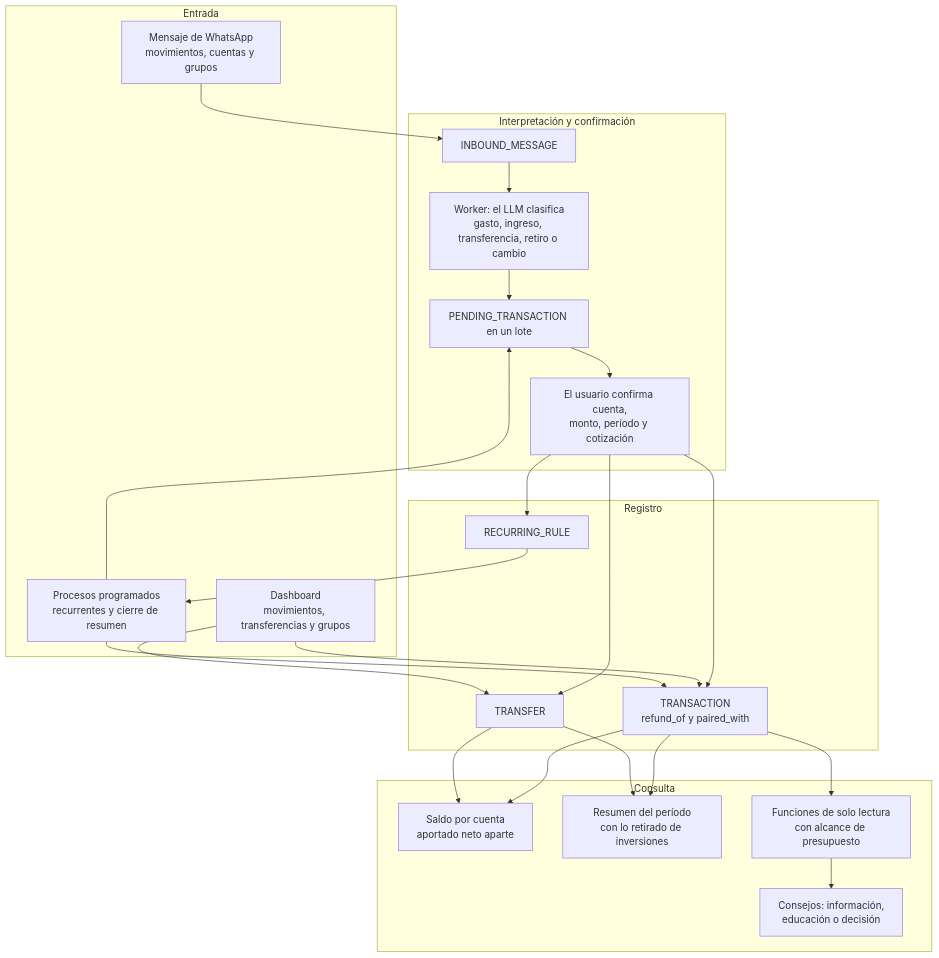
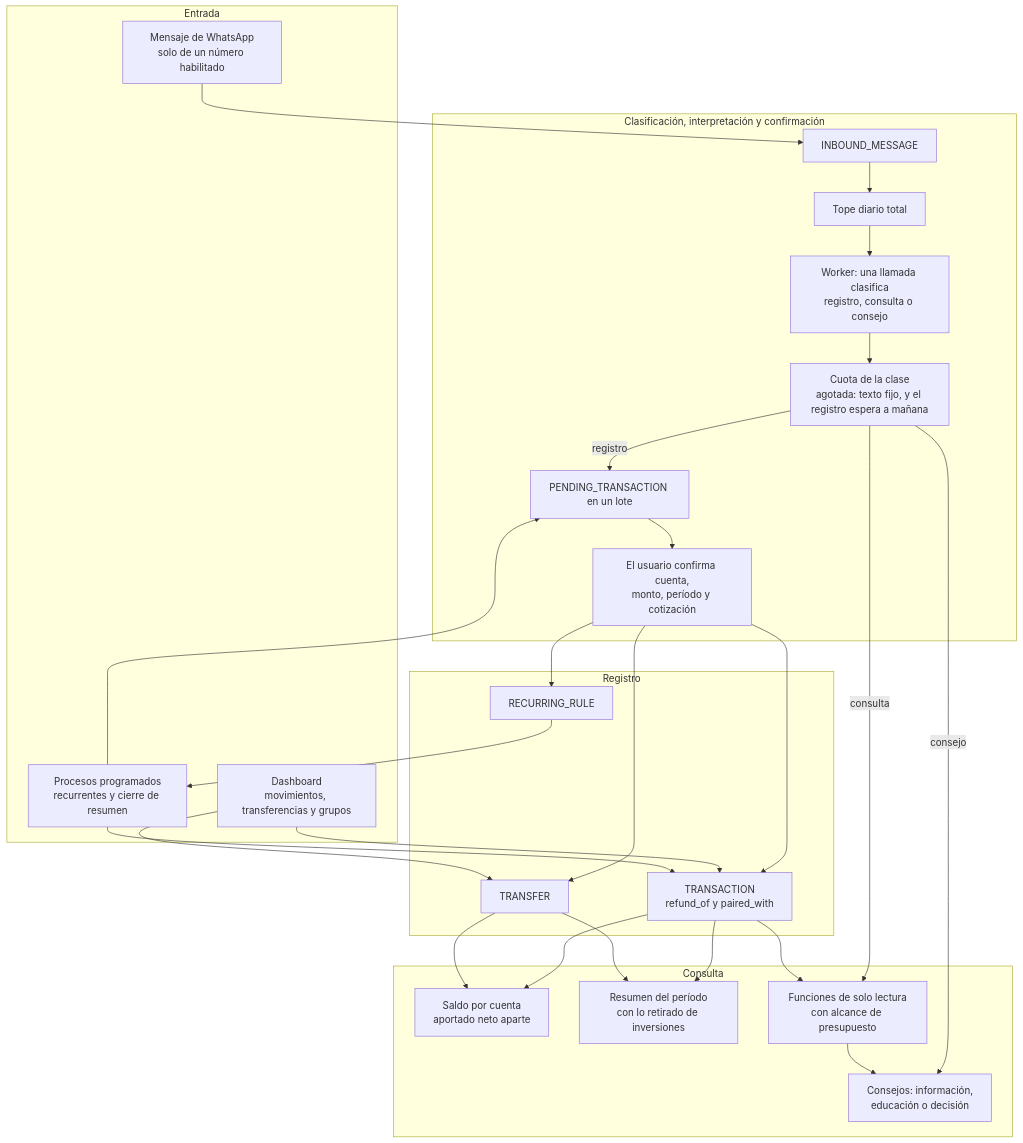
The diagram in docs/use-case-walkthrough.md (verozacarias-prog/AI4Devs-finalproject), drawn with Mermaid before and after one commit. The commit also changed other lines of this file and 7 other files, not shown here.

````diff
--- a/docs/use-case-walkthrough.md
+++ b/docs/use-case-walkthrough.md
@@ -102,40 +128,45 @@
 ```mermaid
 flowchart TB
     subgraph ENTRADA["Entrada"]
-        WA["Mensaje de WhatsApp<br/>movimientos, cuentas y grupos"]
+        WA["Mensaje de WhatsApp<br/>solo de un número habilitado"]
         DASH["Dashboard<br/>movimientos, transferencias y grupos"]
         CRON["Procesos programados<br/>recurrentes y cierre de resumen"]
     end
-    subgraph PROCESO["Interpretación y confirmación"]
+    subgraph PROCESO["Clasificación, interpretación y confirmación"]
         INB["INBOUND_MESSAGE"]
-        WK["Worker: el LLM clasifica<br/>gasto, ingreso, transferencia, retiro o cambio"]
+        TOPE["Tope diario total"]
+        WK["Worker: una llamada clasifica<br/>registro, consulta o consejo"]
+        CUOTA["Cuota de la clase<br/>agotada: texto fijo, y el registro espera a mañana"]
         PEND["PENDING_TRANSACTION en un lote"]
         CONF["El usuario confirma cuenta,<br/>monto, período y cotización"]
     end
     subgraph DATOS["Registro"]
         TX["TRANSACTION<br/>refund_of y paired_with"]
         TR["TRANSFER"]
         RR["RECURRING_RULE"]
     end
     subgraph LECTURA["Consulta"]
         SALDO["Saldo por cuenta<br/>aportado neto aparte"]
         SUM["Resumen del período<br/>con lo retirado de inversiones"]
         FN["Funciones de solo lectura<br/>con alcance de presupuesto"]
         ADV["Consejos: información,<br/>educación o decisión"]
     end
-    WA --> INB --> WK --> PEND --> CONF
+    WA --> INB --> TOPE --> WK --> CUOTA
+    CUOTA -->|registro| PEND --> CONF
+    CUOTA -->|consulta| FN
+    CUOTA -->|consejo| ADV
     CONF --> TX
     CONF --> TR
     CONF --> RR
     DASH --> TX
     DASH --> TR
     RR --> CRON
     CRON --> TX
     CRON --> PEND
     TX --> SALDO
     TR --> SALDO
     TX --> SUM
     TR --> SUM
     TX --> FN
     FN --> ADV
 ```
````
